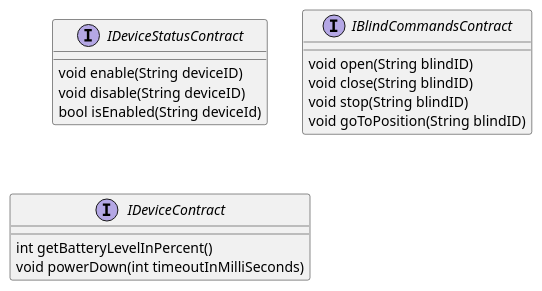
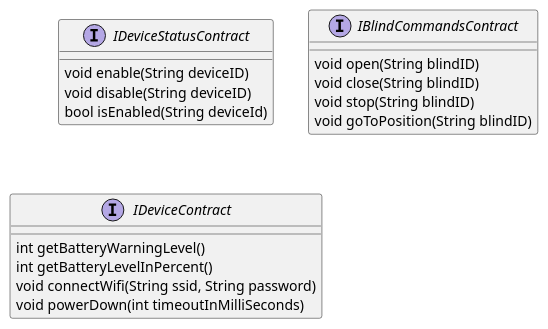
One commit to k-phi/M5Core2BlindsController changed the diagram in documentation/diagrams/contracts.puml. Above: the diagram before and after it, drawn with PlantUML. The commit also changed 3 other files, not shown here.

```diff
--- a/documentation/diagrams/contracts.puml
+++ b/documentation/diagrams/contracts.puml
@@ -1,21 +1,23 @@
 @startuml Contracts
 
 interface IDeviceStatusContract {
     void enable(String deviceID)
     void disable(String deviceID)
     bool isEnabled(String deviceId)
 }
 
 interface IBlindCommandsContract {
     void open(String blindID)
     void close(String blindID)
     void stop(String blindID)
     void goToPosition(String blindID)
 }
 
 interface IDeviceContract {
+    int getBatteryWarningLevel()
     int getBatteryLevelInPercent()
+    void connectWifi(String ssid, String password)
     void powerDown(int timeoutInMilliSeconds)
 }
 
 @enduml
```
